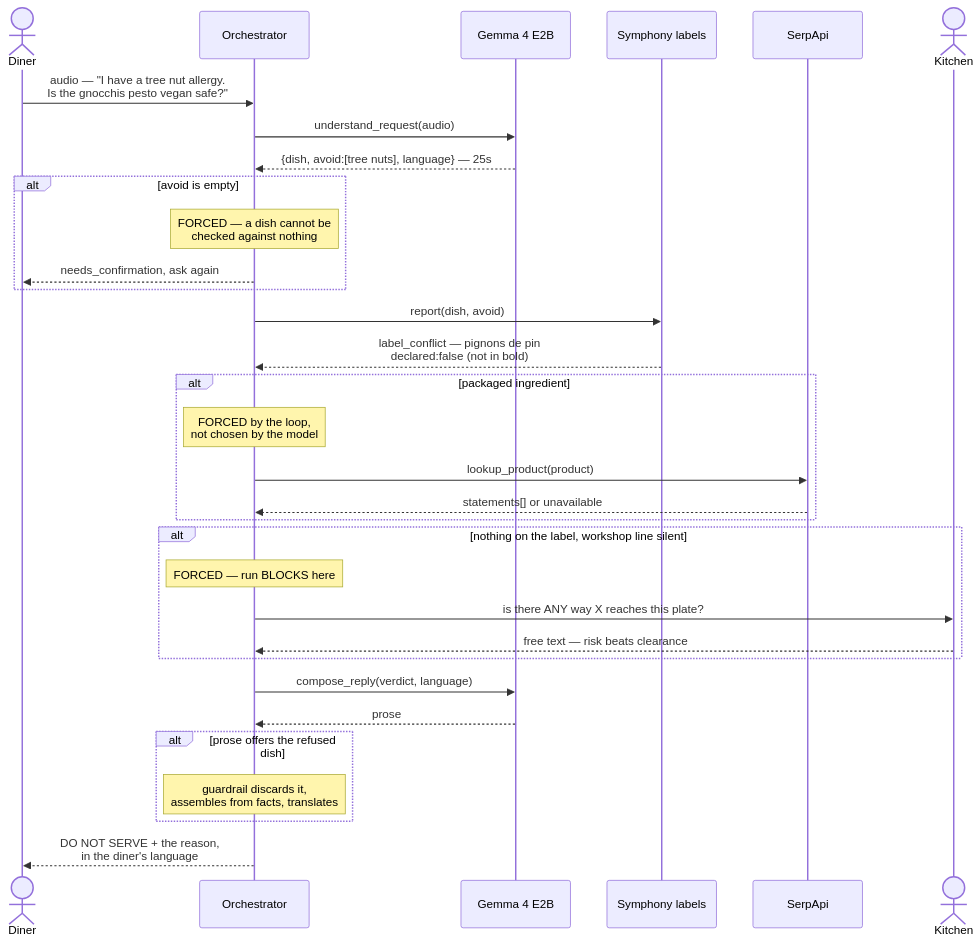
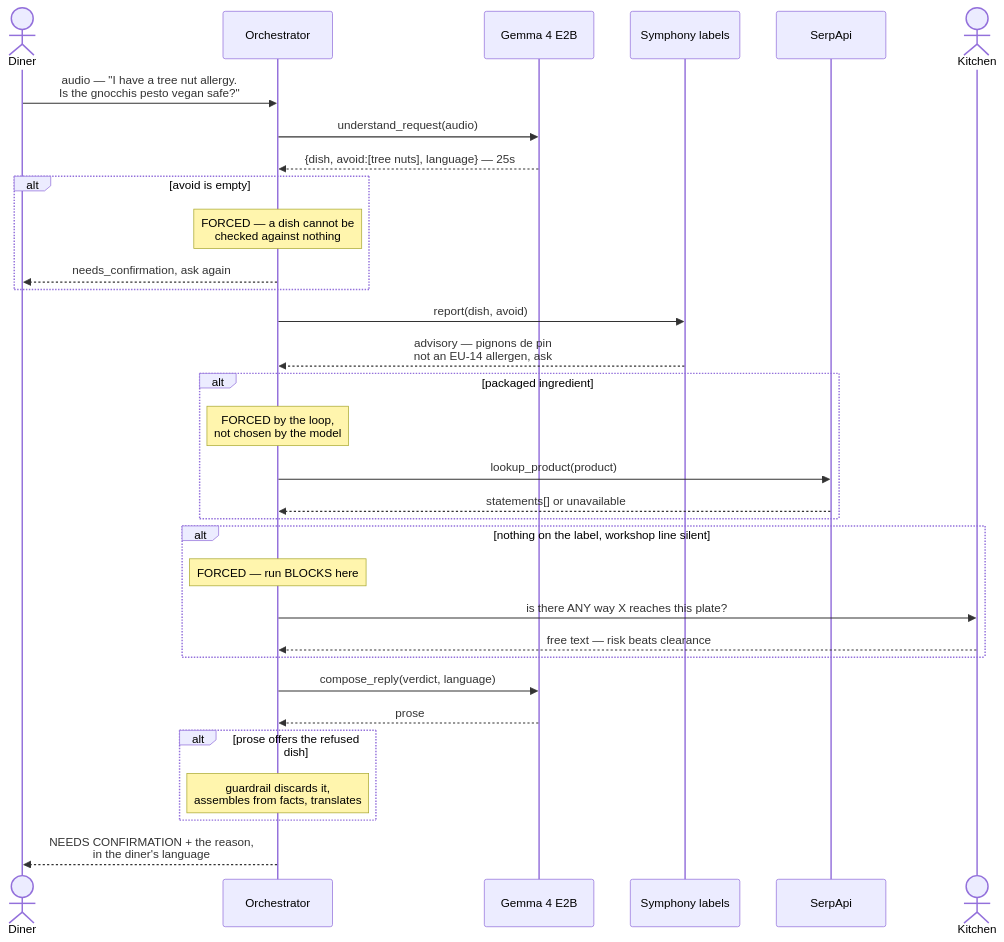
The third of 5 diagrams in README.md (soneeee22000/safeplate), drawn with Mermaid before and after one commit. The commit also changed other lines of this file and 6 other files, not shown here.

````diff
--- a/README.md
+++ b/README.md
@@ -217,42 +220,42 @@
 ```mermaid
 sequenceDiagram
     actor D as Diner
     participant L as Orchestrator
     participant G as Gemma 4 E2B
     participant M as Symphony labels
     participant W as SerpApi
     actor K as Kitchen
 
     D->>L: audio — "I have a tree nut allergy.<br/>Is the gnocchis pesto vegan safe?"
     L->>G: understand_request(audio)
     G-->>L: {dish, avoid:[tree nuts], language} — 25s
 
     alt avoid is empty
         Note over L: FORCED — a dish cannot be<br/>checked against nothing
         L-->>D: needs_confirmation, ask again
     end
 
     L->>M: report(dish, avoid)
-    M-->>L: label_conflict — pignons de pin<br/>declared:false (not in bold)
+    M-->>L: advisory — pignons de pin<br/>not an EU-14 allergen, ask
 
     alt packaged ingredient
         Note over L: FORCED by the loop,<br/>not chosen by the model
         L->>W: lookup_product(product)
         W-->>L: statements[] or unavailable
     end
 
     alt nothing on the label, workshop line silent
         Note over L: FORCED — run BLOCKS here
         L->>K: is there ANY way X reaches this plate?
         K-->>L: free text — risk beats clearance
     end
 
     L->>G: compose_reply(verdict, language)
     G-->>L: prose
 
     alt prose offers the refused dish
         Note over L: guardrail discards it,<br/>assembles from facts, translates
     end
 
-    L-->>D: DO NOT SERVE + the reason,<br/>in the diner's language
+    L-->>D: NEEDS CONFIRMATION + the reason,<br/>in the diner's language
 ```
````
